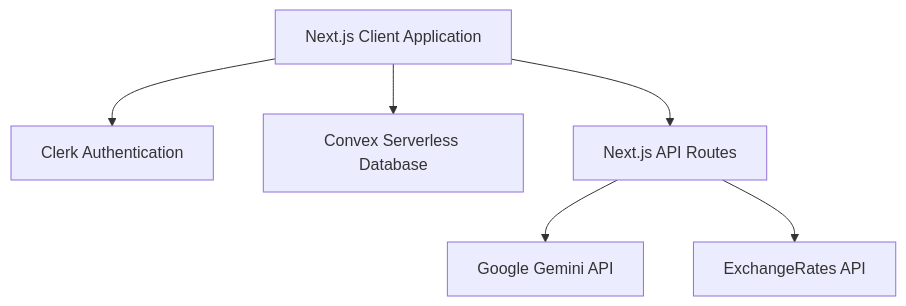
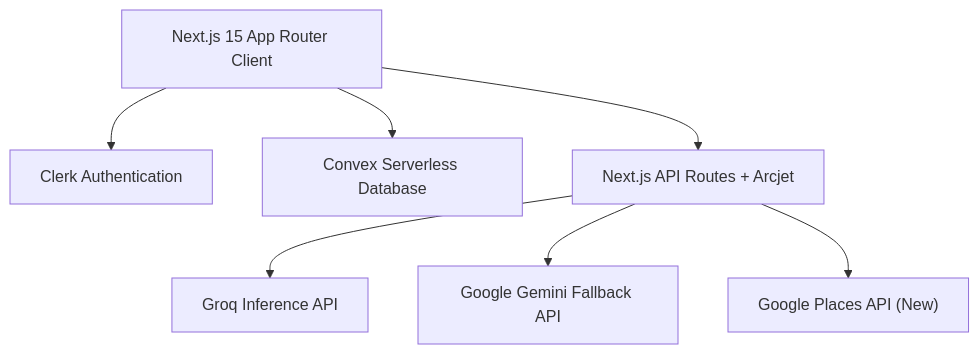
The diagram in SRS.md (himanshuGupta8858/sky-trip-planner), drawn with Mermaid before and after one commit. The commit also changed other lines of this file and 63 other files, not shown here.

````diff
--- a/SRS.md
+++ b/SRS.md
@@ -20,8 +22,9 @@
 ```mermaid
 graph TD
-    Client[Next.js Client Application] --> Auth[Clerk Authentication]
-    Client --> DB[Convex Serverless Database]
-    Client --> API[Next.js API Routes]
-    API --> Gemini[Google Gemini API]
-    API --> ExRates[ExchangeRates API]
+    Client["Next.js 15 App Router Client"] --> Auth["Clerk Authentication"]
+    Client --> DB["Convex Serverless Database"]
+    Client --> API["Next.js API Routes + Arcjet"]
+    API --> Groq["Groq Inference API"]
+    API --> Gemini["Google Gemini Fallback API"]
+    API --> Places["Google Places API (New)"]
 ```
````
